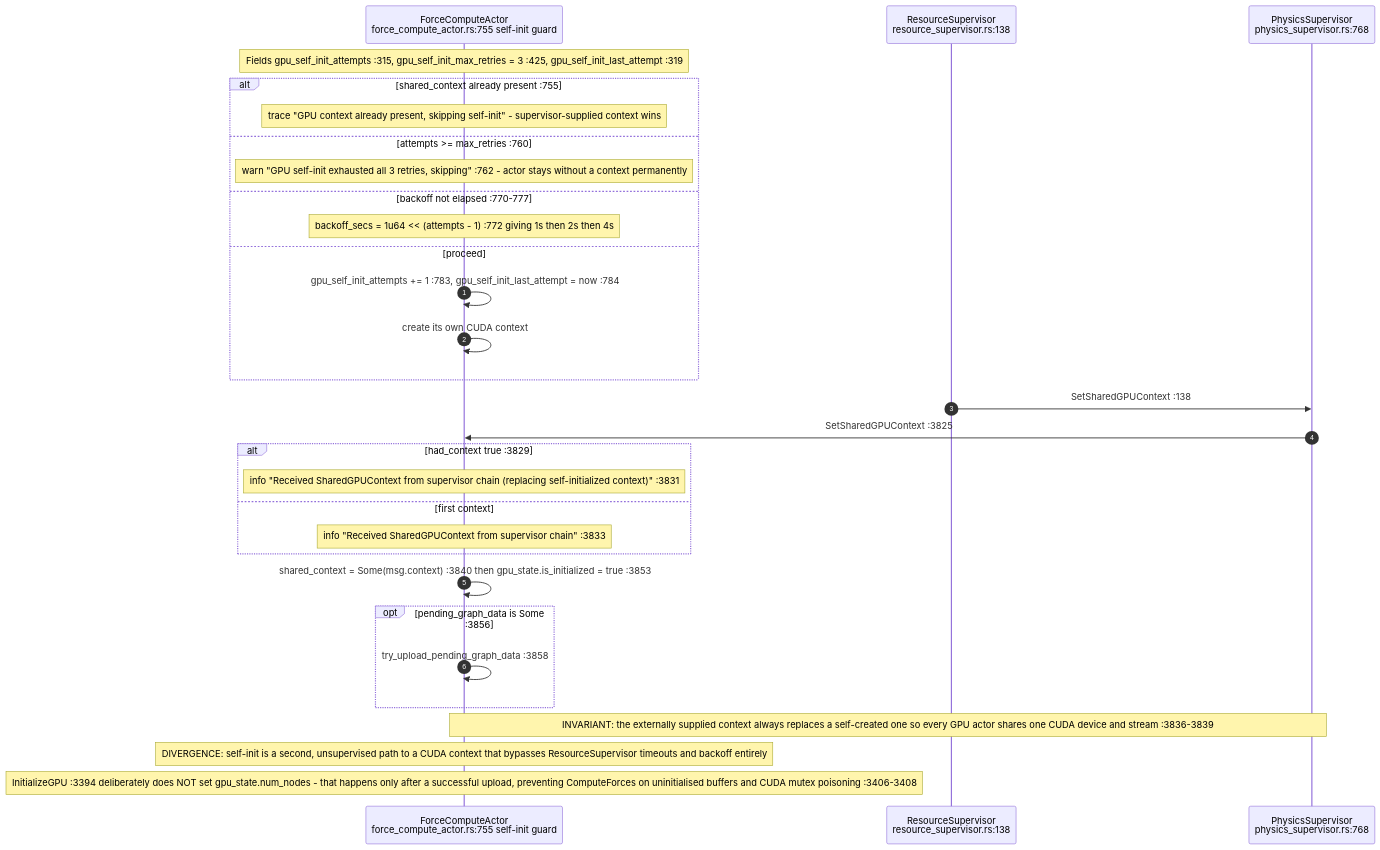
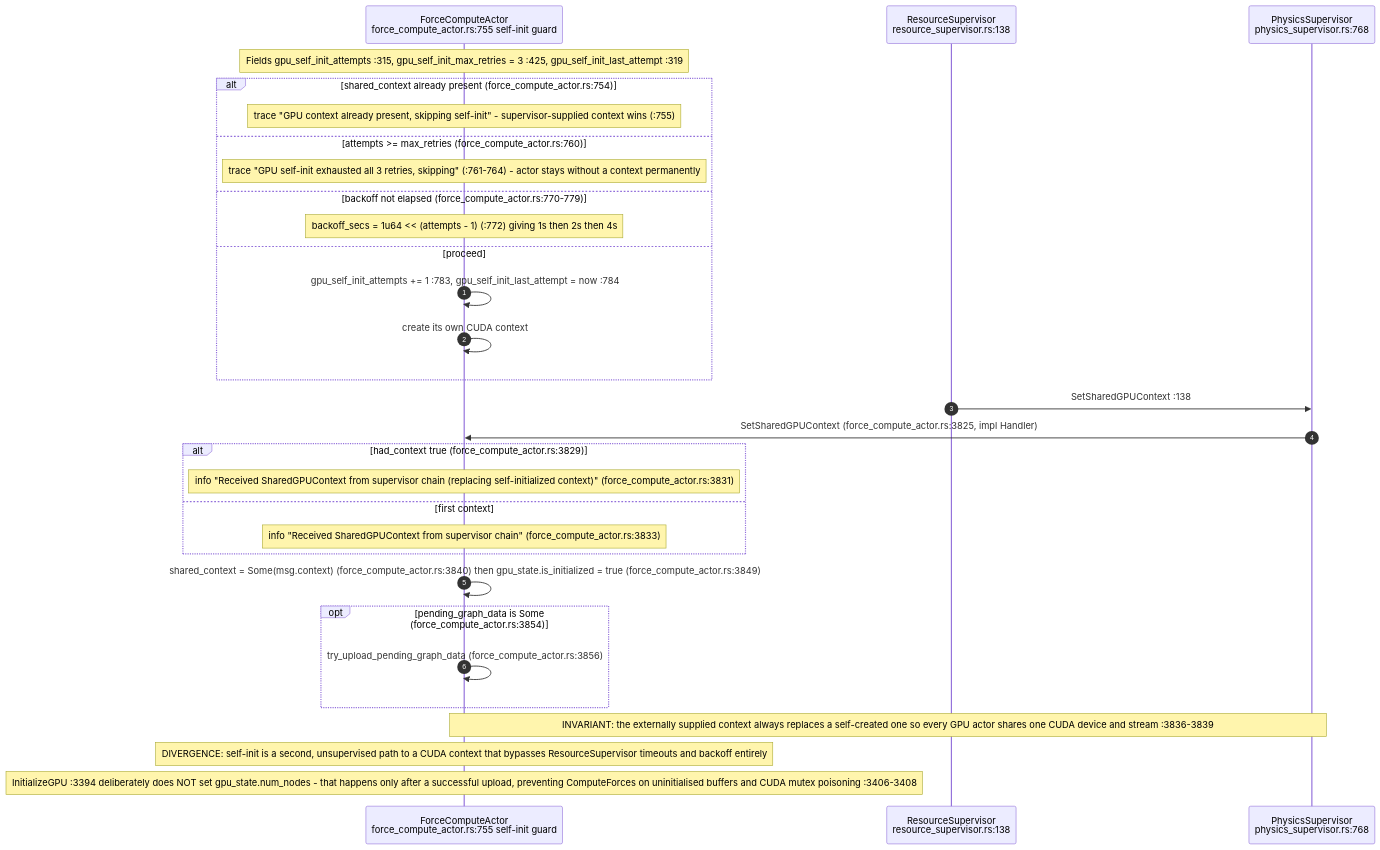
Before and after one commit to DreamLab-AI/VisionFlow: the sixth of 10 diagrams in docs/diagrams/visionclaw/10-gpu-supervision-and-context-bus.md, drawn with Mermaid. The commit also changed other lines of this file and 52 other files, not shown here.

First line of the commit message:
docs(diagrams): wave 3 checkpoint — bare line refs resolved, revision-pinned cite-check, VC-05/AB-01..13 re-attested

````diff
--- a/docs/diagrams/visionclaw/10-gpu-supervision-and-context-bus.md
+++ b/docs/diagrams/visionclaw/10-gpu-supervision-and-context-bus.md
@@ -234,33 +236,33 @@
 ```mermaid
 sequenceDiagram
     autonumber
     participant FCA as ForceComputeActor<br/>force_compute_actor.rs:755 self-init guard
     participant RS as ResourceSupervisor<br/>resource_supervisor.rs:138
     participant PS as PhysicsSupervisor<br/>physics_supervisor.rs:768
 
     Note over FCA: Fields gpu_self_init_attempts :315, gpu_self_init_max_retries = 3 :425, gpu_self_init_last_attempt :319
-    alt shared_context already present :755
-        Note over FCA: trace "GPU context already present, skipping self-init" - supervisor-supplied context wins
-    else attempts >= max_retries :760
-        Note over FCA: warn "GPU self-init exhausted all 3 retries, skipping" :762 - actor stays without a context permanently
-    else backoff not elapsed :770-777
-        Note over FCA: backoff_secs = 1u64 << (attempts - 1) :772 giving 1s then 2s then 4s
+    alt shared_context already present (force_compute_actor.rs:754)
+        Note over FCA: trace "GPU context already present, skipping self-init" - supervisor-supplied context wins (:755)
+    else attempts >= max_retries (force_compute_actor.rs:760)
+        Note over FCA: trace "GPU self-init exhausted all 3 retries, skipping" (:761-764) - actor stays without a context permanently
+    else backoff not elapsed (force_compute_actor.rs:770-779)
+        Note over FCA: backoff_secs = 1u64 << (attempts - 1) (:772) giving 1s then 2s then 4s
     else proceed
         FCA->>FCA: gpu_self_init_attempts += 1 :783, gpu_self_init_last_attempt = now :784
         FCA->>FCA: create its own CUDA context
     end
     RS->>PS: SetSharedGPUContext :138
-    PS->>FCA: SetSharedGPUContext :3825
-    alt had_context true :3829
-        Note over FCA: info "Received SharedGPUContext from supervisor chain (replacing self-initialized context)" :3831
+    PS->>FCA: SetSharedGPUContext (force_compute_actor.rs:3825, impl Handler)
+    alt had_context true (force_compute_actor.rs:3829)
+        Note over FCA: info "Received SharedGPUContext from supervisor chain (replacing self-initialized context)" (force_compute_actor.rs:3831)
     else first context
-        Note over FCA: info "Received SharedGPUContext from supervisor chain" :3833
+        Note over FCA: info "Received SharedGPUContext from supervisor chain" (force_compute_actor.rs:3833)
     end
-    FCA->>FCA: shared_context = Some(msg.context) :3840 then gpu_state.is_initialized = true :3853
-    opt pending_graph_data is Some :3856
-        FCA->>FCA: try_upload_pending_graph_data :3858
+    FCA->>FCA: shared_context = Some(msg.context) (force_compute_actor.rs:3840) then gpu_state.is_initialized = true (force_compute_actor.rs:3849)
+    opt pending_graph_data is Some (force_compute_actor.rs:3854)
+        FCA->>FCA: try_upload_pending_graph_data (force_compute_actor.rs:3856)
     end
     Note over FCA,PS: INVARIANT: the externally supplied context always replaces a self-created one so every GPU actor shares one CUDA device and stream :3836-3839
     Note over FCA: DIVERGENCE: self-init is a second, unsupervised path to a CUDA context that bypasses ResourceSupervisor timeouts and backoff entirely
     Note over FCA: InitializeGPU :3394 deliberately does NOT set gpu_state.num_nodes - that happens only after a successful upload, preventing ComputeForces on uninitialised buffers and CUDA mutex poisoning :3406-3408
 ```
````
